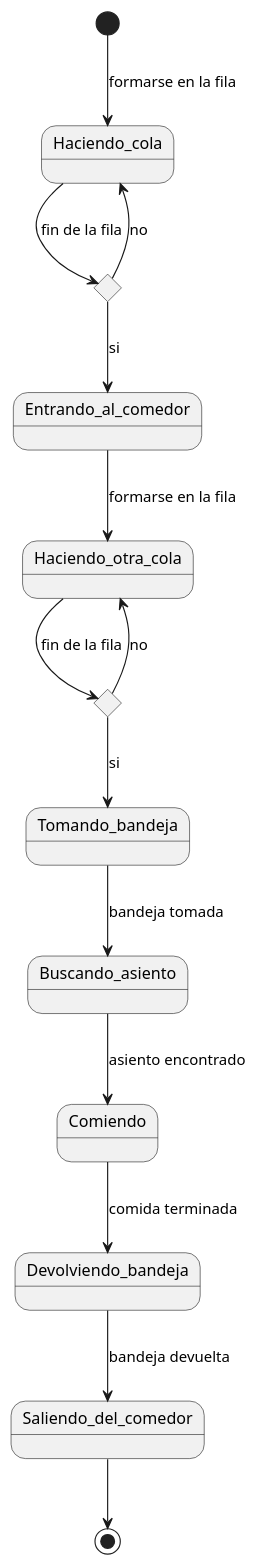
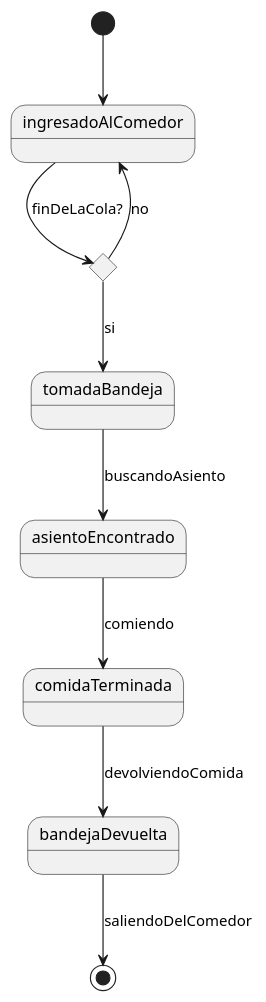
One commit to druxorey/ucv-proyecto-cacerola changed the diagram in docs/Domain Modeling [01] - Status Diagram: Users.plantuml. Above: the diagram before and after it, drawn with PlantUML. The commit also changed 1 other file, not shown here.

Commit message:
refactor(domain-modeling): refine user diagram workflow states

```diff
--- a/docs/Domain Modeling [01] - Status Diagram: Users.plantuml
+++ b/docs/Domain Modeling [01] - Status Diagram: Users.plantuml
@@ -1,30 +1,17 @@
 @startuml domain-modeling
 
-[*] --> Haciendo_cola : formarse en la fila
 state a <<choice>>
 
-Haciendo_cola --> a : fin de la fila
+[*] --> ingresadoAlComedor
 
-a --> Haciendo_cola : no
-a --> Entrando_al_comedor : si
+ingresadoAlComedor -> a : finDeLaCola?
 
-Entrando_al_comedor --> Haciendo_otra_cola :formarse en la fila
+a --> ingresadoAlComedor: no
+a --> tomadaBandeja : si
 
-state b <<choice>>
-
-Haciendo_otra_cola --> b : fin de la fila
-
-b --> Haciendo_otra_cola : no
-b --> Tomando_bandeja : si
-
-Tomando_bandeja --> Buscando_asiento : bandeja tomada
-
-Buscando_asiento --> Comiendo : asiento encontrado
-
-Comiendo --> Devolviendo_bandeja : comida terminada
-
-Devolviendo_bandeja --> Saliendo_del_comedor :bandeja devuelta
-
-Saliendo_del_comedor --> [*]
+tomadaBandeja --> asientoEncontrado : buscandoAsiento
+asientoEncontrado --> comidaTerminada : comiendo
+comidaTerminada --> bandejaDevuelta : devolviendoComida
+bandejaDevuelta --> [*] : saliendoDelComedor
 
 @enduml
```
